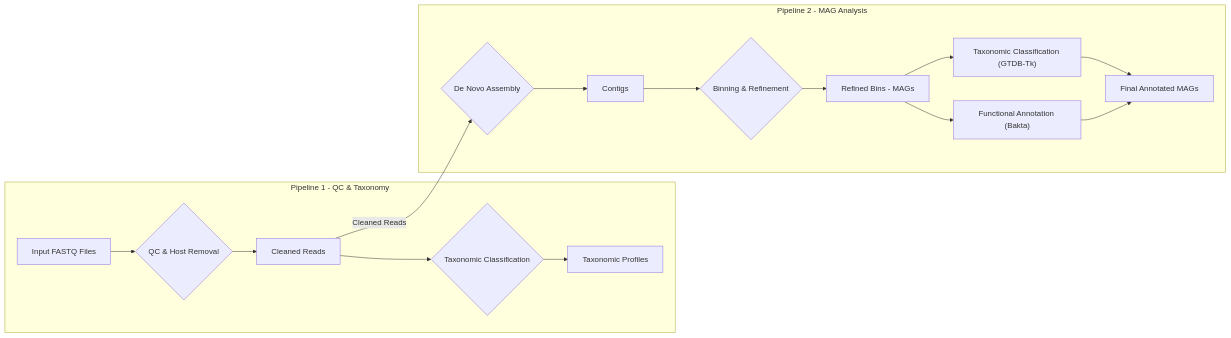
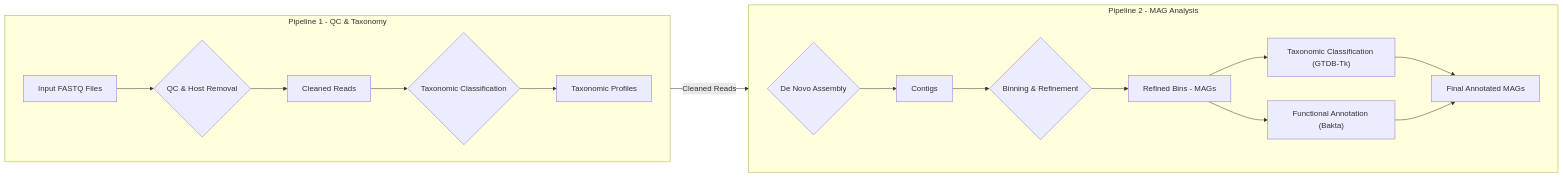
Before and after one commit to ystone1101/metagenome-pipeline: the diagram in README.md, drawn with Mermaid.

Commit message:
docs: Improve and update README.md

````diff
--- a/README.md
+++ b/README.md
@@ -51,21 +51,23 @@
 ```mermaid
 graph LR
     subgraph Pipeline 1 - QC & Taxonomy
+        direction LR
         A[Input FASTQ Files] --> B{QC & Host Removal};
         B --> C[Cleaned Reads];
         C --> D{Taxonomic Classification};
         D --> E[Taxonomic Profiles];
     end
 
     subgraph Pipeline 2 - MAG Analysis
+        direction LR
         G{De Novo Assembly} --> H[Contigs];
         H --> I{Binning & Refinement};
         I --> J[Refined Bins - MAGs];
         J --> K["Taxonomic Classification (GTDB-Tk)"];
         J --> M["Functional Annotation (Bakta)"];
         K --> L[Final Annotated MAGs];
         M --> L;
     end
 
     C -- Cleaned Reads --> G;
 ```
````
